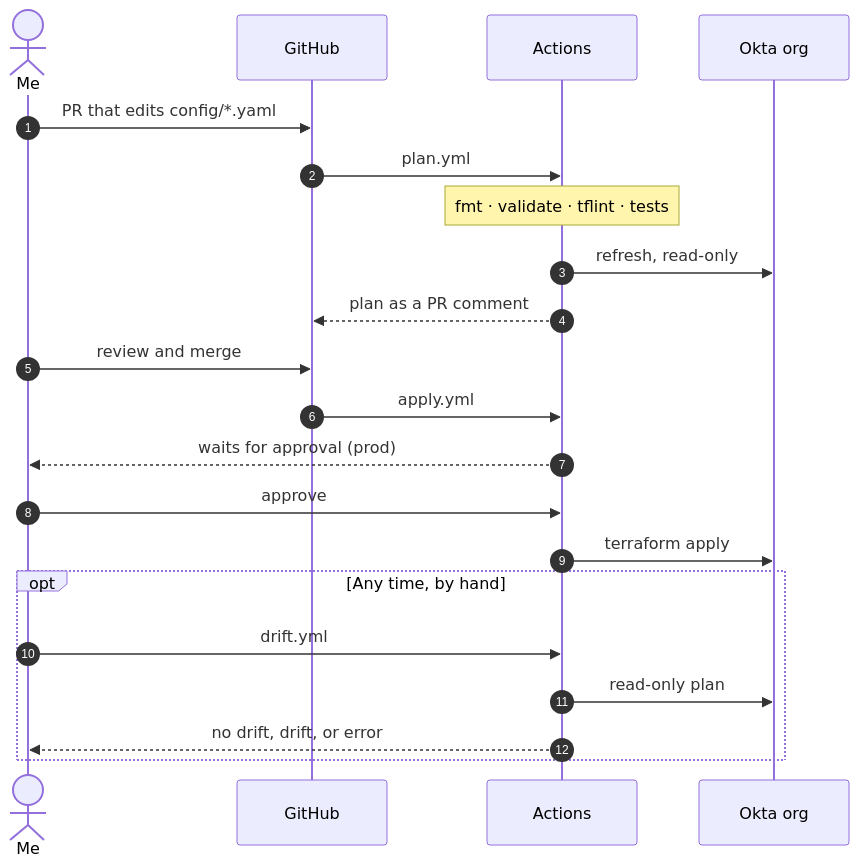
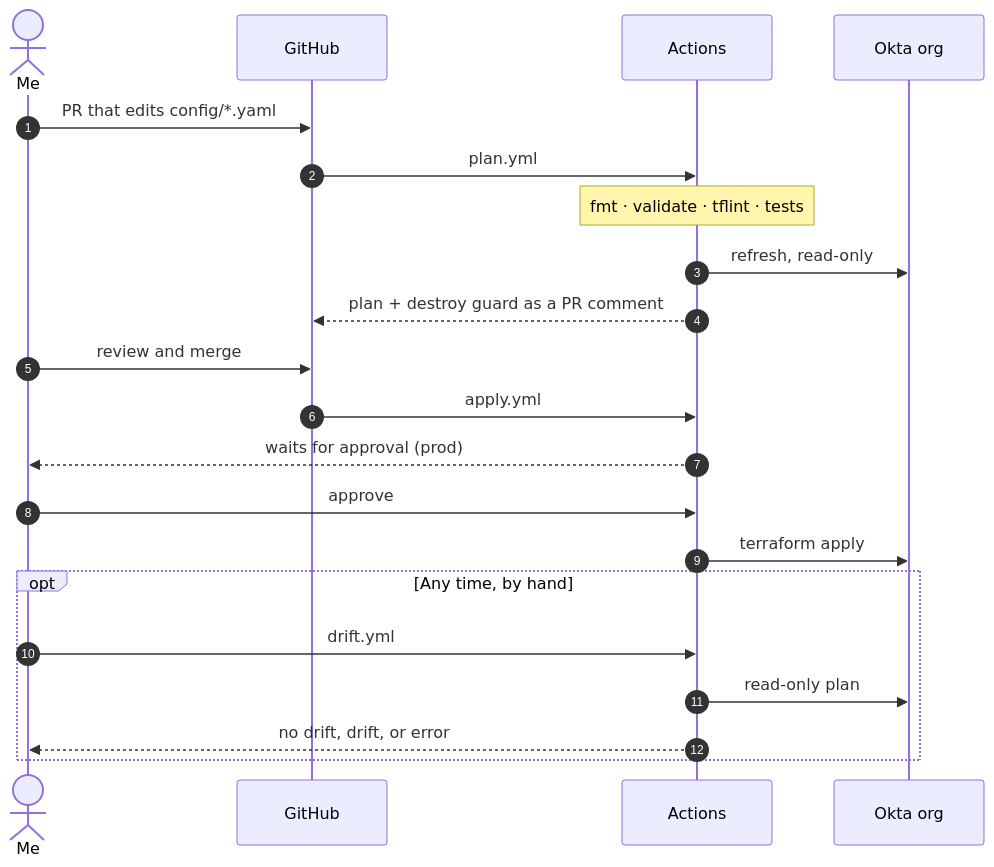
Before and after one commit to yuandrk/okta-gitops: the second of 2 diagrams in README.md, drawn with Mermaid. The commit also changed other lines of this file and 6 other files, not shown here.

First line of the commit message:
ci(plan): destroy guard and one sticky plan comment (#21)

````diff
--- a/README.md
+++ b/README.md
@@ -60,25 +60,25 @@
 ```mermaid
 sequenceDiagram
     autonumber
     actor Me
     participant GH as GitHub
     participant CI as Actions
     participant Okta as Okta org
 
     Me->>GH: PR that edits config/*.yaml
     GH->>CI: plan.yml
     Note over CI: fmt · validate · tflint · tests
     CI->>Okta: refresh, read-only
-    CI-->>GH: plan as a PR comment
+    CI-->>GH: plan + destroy guard as a PR comment
     Me->>GH: review and merge
     GH->>CI: apply.yml
     CI-->>Me: waits for approval (prod)
     Me->>CI: approve
     CI->>Okta: terraform apply
 
     opt Any time, by hand
         Me->>CI: drift.yml
         CI->>Okta: read-only plan
         CI-->>Me: no drift, drift, or error
     end
 ```
````
